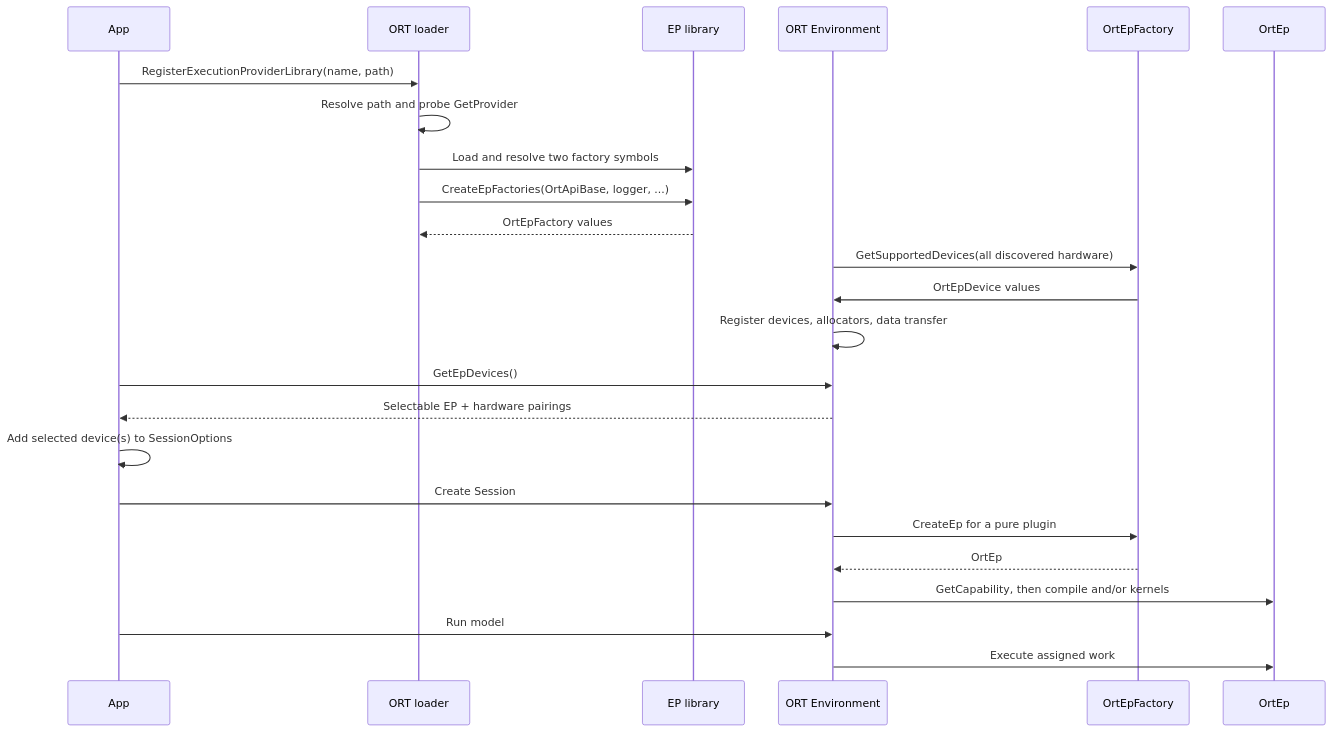
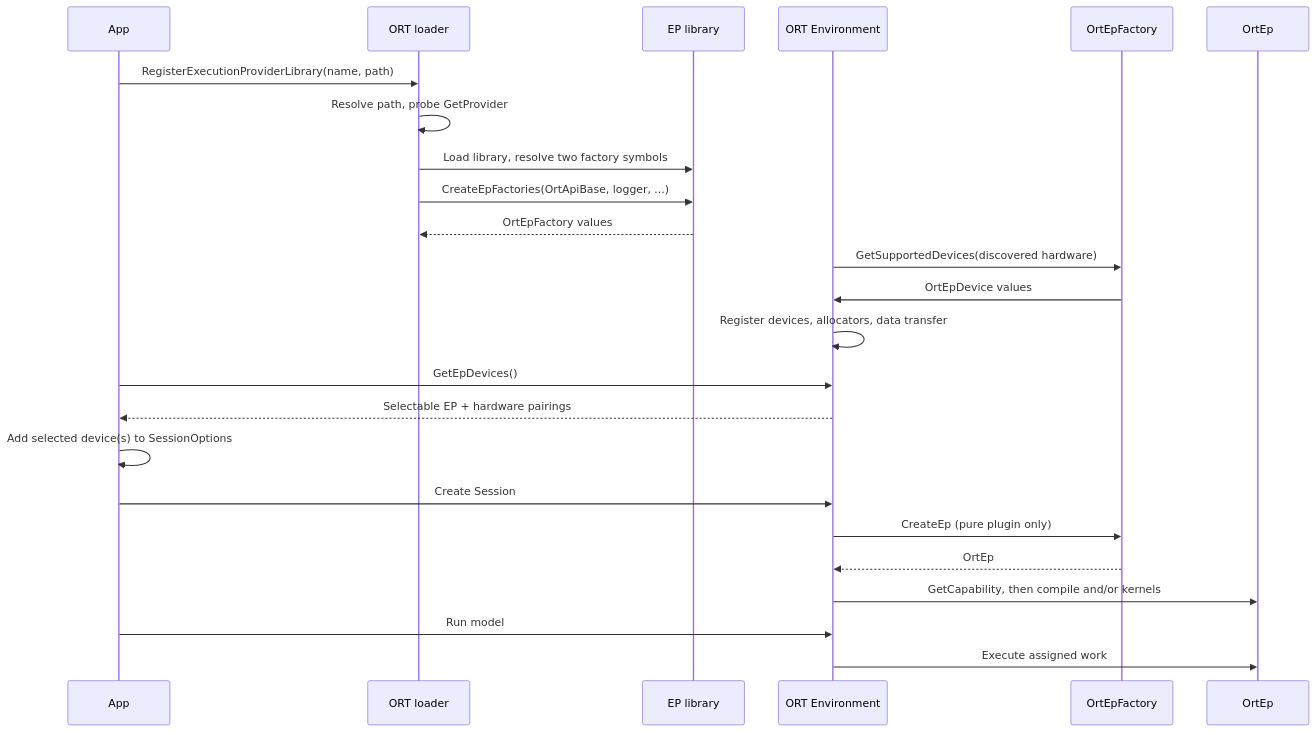
Before and after one commit to DakeQQ/Tutorial-ONNX-Runtime-Execution-Providers: the seventh of 13 diagrams in PluginEP/README.md, drawn with Mermaid. The commit also changed other lines of this file and 15 other files, not shown here.

````diff
--- a/PluginEP/README.md
+++ b/PluginEP/README.md
@@ -252,28 +253,28 @@
 ```mermaid
 sequenceDiagram
     participant App
     participant Loader as ORT loader
     participant Lib as EP library
     participant Env as ORT Environment
     participant Factory as OrtEpFactory
     participant EP as OrtEp
 
     App->>Loader: RegisterExecutionProviderLibrary(name, path)
-    Loader->>Loader: Resolve path and probe GetProvider
-    Loader->>Lib: Load and resolve two factory symbols
+    Loader->>Loader: Resolve path, probe GetProvider
+    Loader->>Lib: Load library, resolve two factory symbols
     Loader->>Lib: CreateEpFactories(OrtApiBase, logger, ...)
     Lib-->>Loader: OrtEpFactory values
-    Env->>Factory: GetSupportedDevices(all discovered hardware)
+    Env->>Factory: GetSupportedDevices(discovered hardware)
     Factory->>Env: OrtEpDevice values
     Env->>Env: Register devices, allocators, data transfer
     App->>Env: GetEpDevices()
     Env-->>App: Selectable EP + hardware pairings
 
     App->>App: Add selected device(s) to SessionOptions
     App->>Env: Create Session
-    Env->>Factory: CreateEp for a pure plugin
+    Env->>Factory: CreateEp (pure plugin only)
     Factory-->>Env: OrtEp
     Env->>EP: GetCapability, then compile and/or kernels
     App->>Env: Run model
     Env->>EP: Execute assigned work
 ```
````
